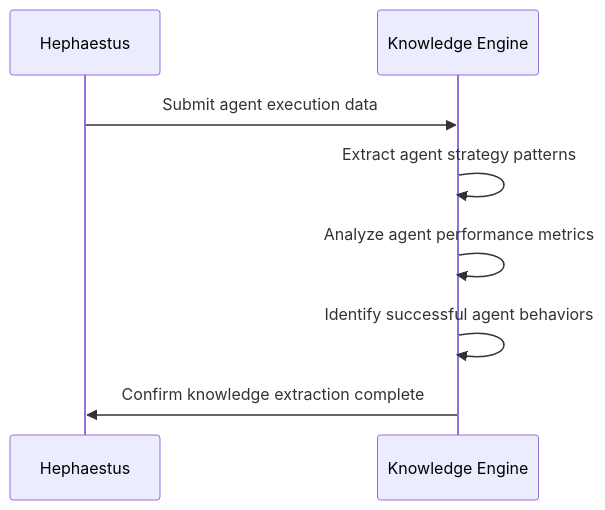
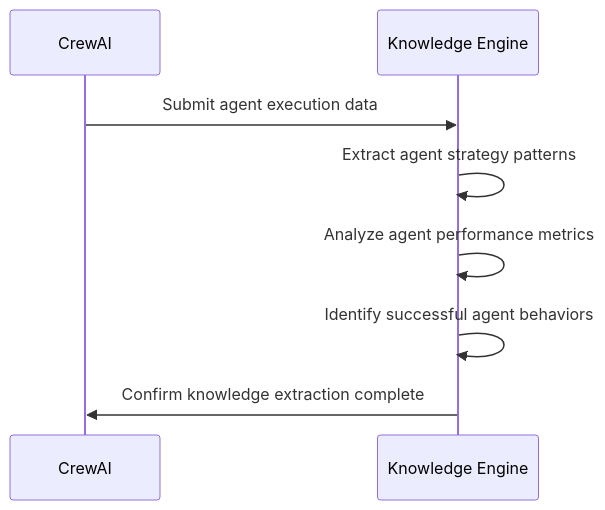
Before and after one commit to jazir555/OpenEvolveFrontend: diagram 13 of 33 in docs/knowledge_engine/KNOWLEDGE_ENGINE_INTEGRATION_GUIDE.md, drawn with Mermaid. The commit also changed other lines of this file and 631 other files, not shown here.

````diff
--- a/docs/knowledge_engine/KNOWLEDGE_ENGINE_INTEGRATION_GUIDE.md
+++ b/docs/knowledge_engine/KNOWLEDGE_ENGINE_INTEGRATION_GUIDE.md
@@ -349,11 +349,11 @@
 ```mermaid
 sequenceDiagram
-    participant Hephaestus as Hephaestus
+    participant CrewAI as CrewAI
     participant KE as Knowledge Engine
     
-    Hephaestus->>KE: Submit agent execution data
+    CrewAI->>KE: Submit agent execution data
     KE->>KE: Extract agent strategy patterns
     KE->>KE: Analyze agent performance metrics
     KE->>KE: Identify successful agent behaviors
-    KE->>Hephaestus: Confirm knowledge extraction complete
+    KE->>CrewAI: Confirm knowledge extraction complete
 ```
````
